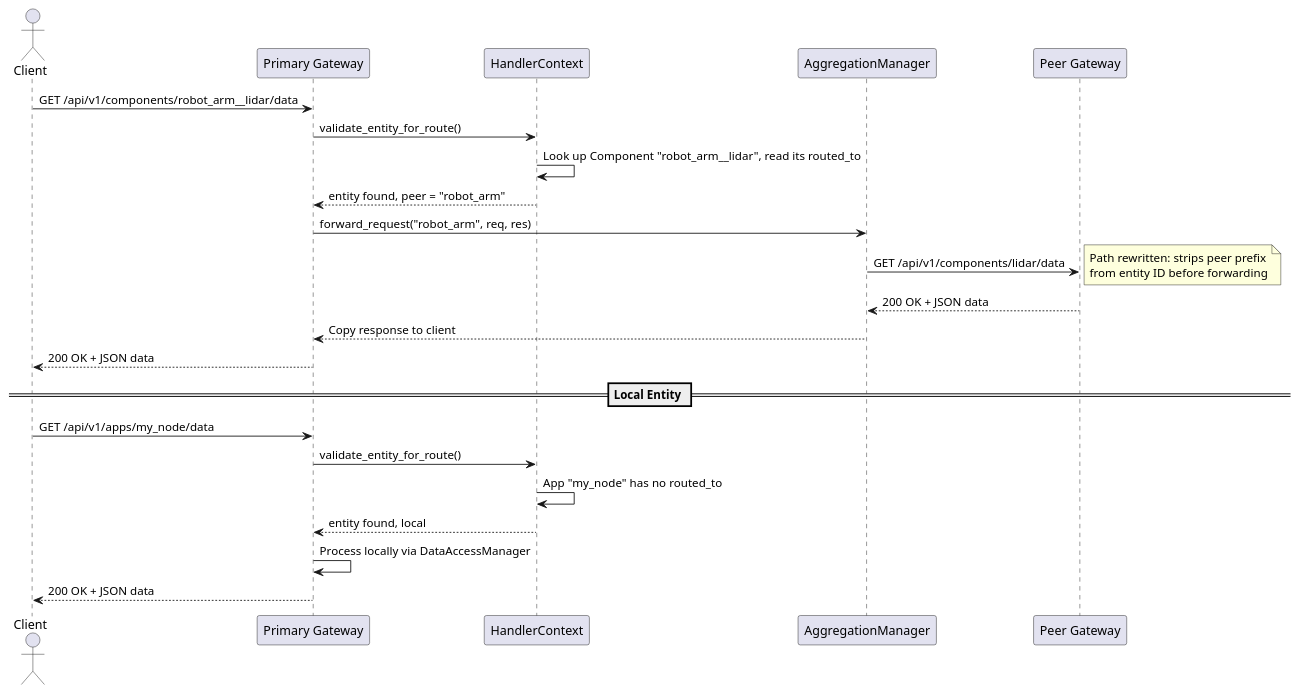
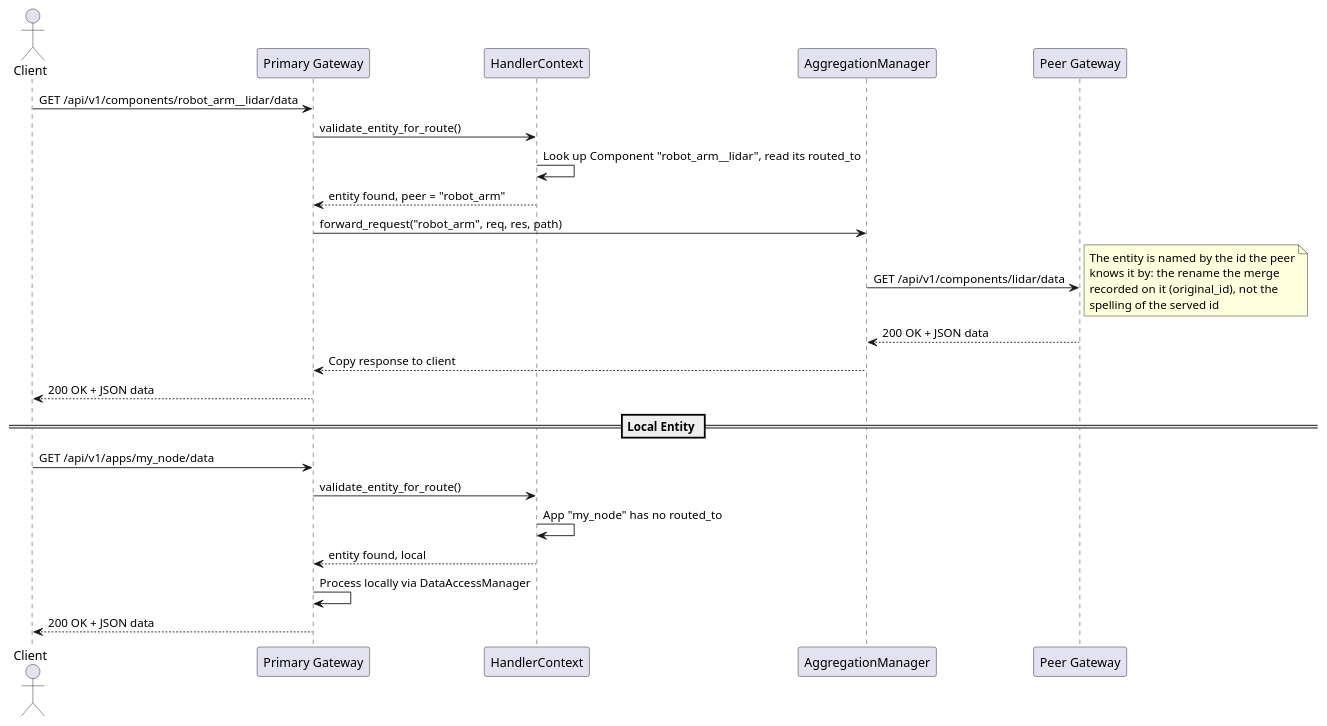
Before and after one commit to selfpatch/ros2_medkit: the fifth of 5 diagrams in src/ros2_medkit_gateway/design/aggregation.rst, drawn with PlantUML. The commit also changed other lines of this file and 11 other files, not shown here.

First line of the commit message:
fix(gateway): address each peer by the id it knows an entity by

```diff
--- a/src/ros2_medkit_gateway/design/aggregation.rst
+++ b/src/ros2_medkit_gateway/design/aggregation.rst
@@ -452,37 +452,39 @@
 .. plantuml::
    :caption: Request Routing - Local vs Remote
 
    @startuml request_routing
 
    actor Client
    participant "Primary Gateway" as primary
    participant HandlerContext as ctx
    participant AggregationManager as agg
    participant "Peer Gateway" as peer
 
    Client -> primary : GET /api/v1/components/robot_arm__lidar/data
    primary -> ctx : validate_entity_for_route()
    ctx -> ctx : Look up Component "robot_arm__lidar", read its routed_to
    ctx --> primary : entity found, peer = "robot_arm"
 
-   primary -> agg : forward_request("robot_arm", req, res)
+   primary -> agg : forward_request("robot_arm", req, res, path)
    agg -> peer : GET /api/v1/components/lidar/data
    note right
-       Path rewritten: strips peer prefix
-       from entity ID before forwarding
+       The entity is named by the id the peer
+       knows it by: the rename the merge
+       recorded on it (original_id), not the
+       spelling of the served id
    end note
    peer --> agg : 200 OK + JSON data
    agg --> primary : Copy response to client
    primary --> Client : 200 OK + JSON data
 
    == Local Entity ==
 
    Client -> primary : GET /api/v1/apps/my_node/data
    primary -> ctx : validate_entity_for_route()
    ctx -> ctx : App "my_node" has no routed_to
    ctx --> primary : entity found, local
 
    primary -> primary : Process locally via DataAccessManager
    primary --> Client : 200 OK + JSON data
 
    @enduml
```
